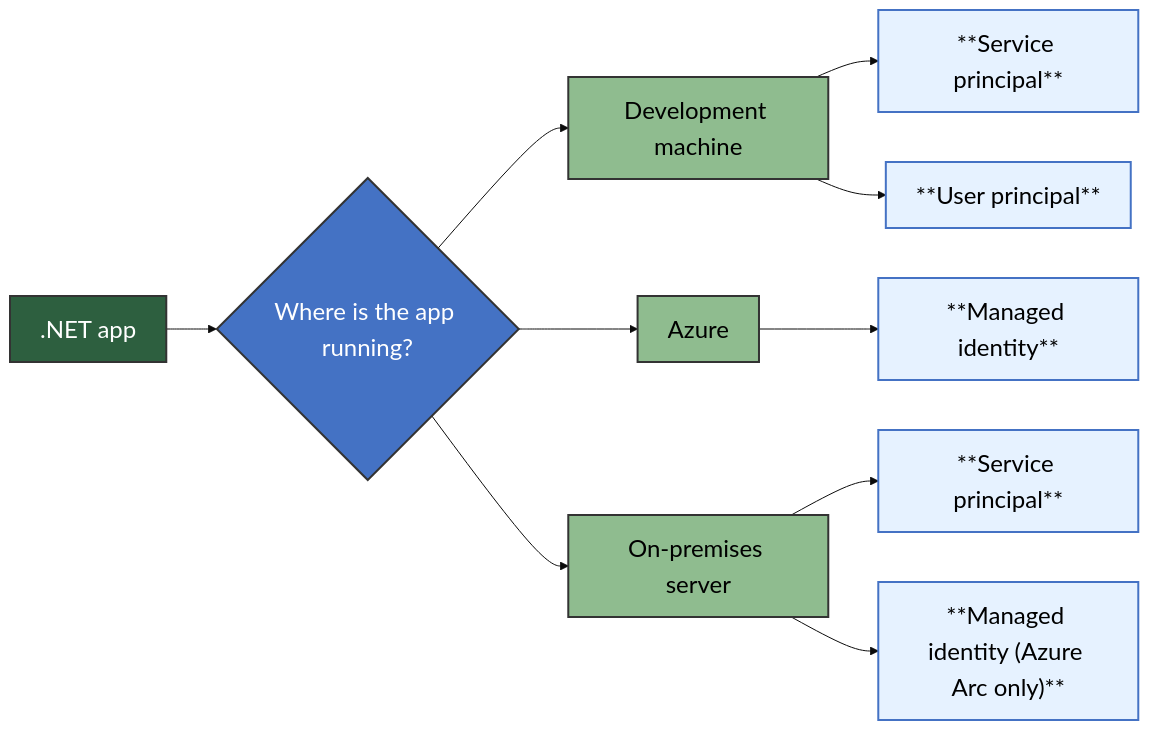
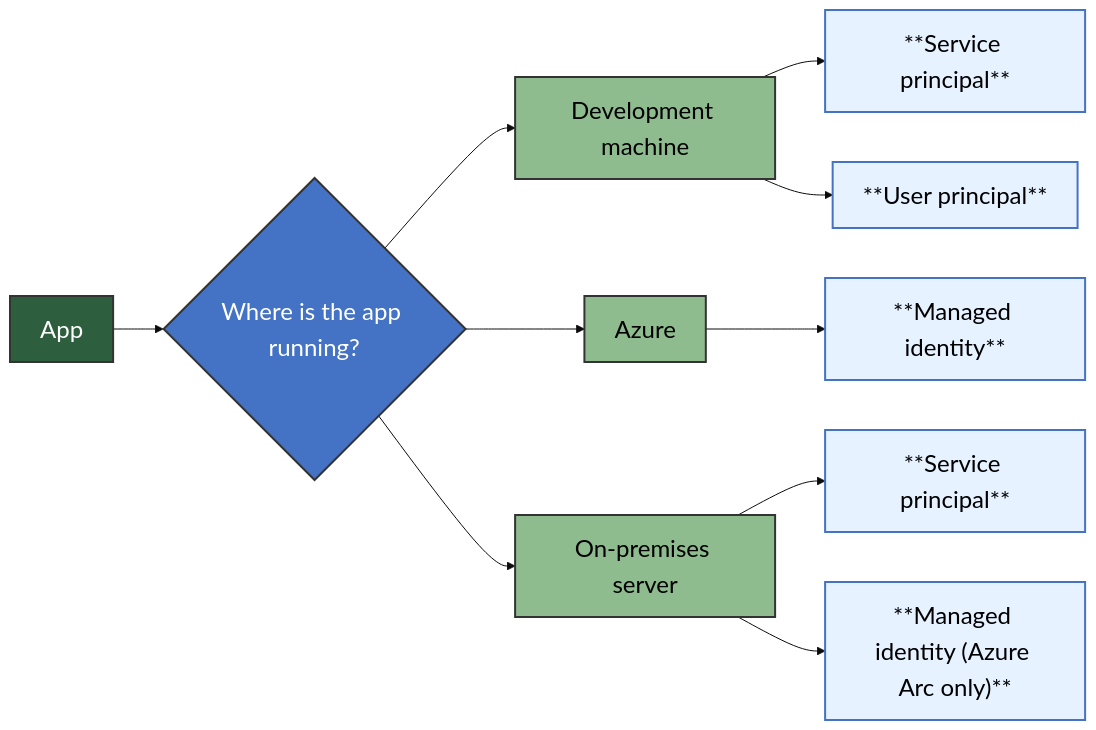
Before and after one commit to MicrosoftDocs/azure-dev-docs: the diagram in articles/includes/authentication/media/mermaidjs/authentication-environments.md, drawn with Mermaid. The commit also changed 1 other file, not shown here.

Commit message:
Update environment diagram to be agnostic

````diff
--- a/articles/includes/authentication/media/mermaidjs/authentication-environments.md
+++ b/articles/includes/authentication/media/mermaidjs/authentication-environments.md
@@ -6,43 +6,43 @@
 ```mermaid
 %% STEPS TO GENERATE IMAGE 
 %% ======================= 
 %% 1. Install mermaid CLI v10.9.1 (see https://github.com/mermaid-js/mermaid-cli/blob/master/README.md): 
 %%    npm i -g @mermaid-js/mermaid-cli@10.9.1 
 %% 2. Run command: mmdc -i authentication-environments.md -o ../../media/mermaidjs/authentication-environments.svg 
 
 %%{init: {'theme':'base', 'themeVariables': { 'primaryColor': '#fff', 'edgeLabelBackground':'#fff', 'fontSize': '24px'}}}%%
 flowchart LR
-    NetApp[".NET app"]
+    App["App"]
     Q1{Where is the app running?}
     
-    NetApp --> Q1
+    App --> Q1
     
     %% Local Development Machine Branch
     Q1 --> LocalDev[Development machine]
     LocalDev --> AppSP["**Service principal**"]
     LocalDev --> UserPrincipal["**User principal**"]
     
     %% Azure Branch
     Q1 --> AzureApp[Azure]
     AzureApp --> ManagedId["**Managed identity**"]
     
 
     %% On-premises Server Branch
     Q1 --> OnPremApp[On-premises server]
     OnPremApp --> ServicePrincipal["**Service principal**"]
     OnPremApp --> ArcManagedId["**Managed identity (Azure Arc only)**"]
 
     %% Styling
     classDef questionBox fill:#4472C4,stroke:#333,stroke-width:2px,color:#fff,font-size:24px
     classDef authMethod fill:#e6f2ff,stroke:#4472C4,stroke-width:2px,color:#000,font-size:24px
     classDef envNode fill:#8fbc8f,stroke:#333,stroke-width:2px,color:#000,font-size:24px
     classDef startNode fill:#2d5f3f,stroke:#333,stroke-width:2px,color:#fff,font-size:24px
     
     %% Edge label styling
     linkStyle default font-size:24px
     
-    class NetApp startNode
+    class App startNode
     class Q1 questionBox
     class AppSP,UserPrincipal,ManagedId,ServicePrincipal,ArcManagedId authMethod
     class LocalDev,AzureApp,OnPremApp envNode
 ```
````
